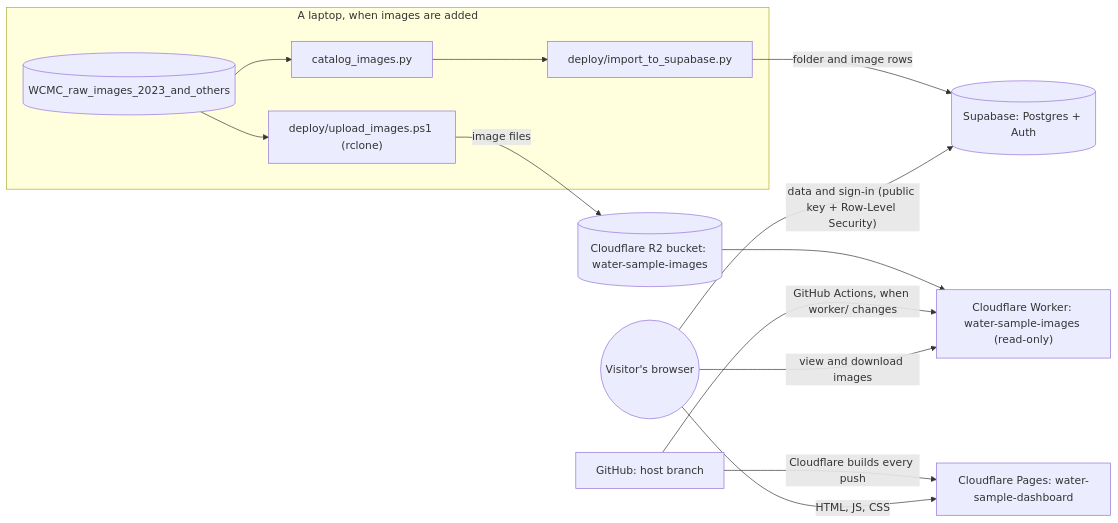
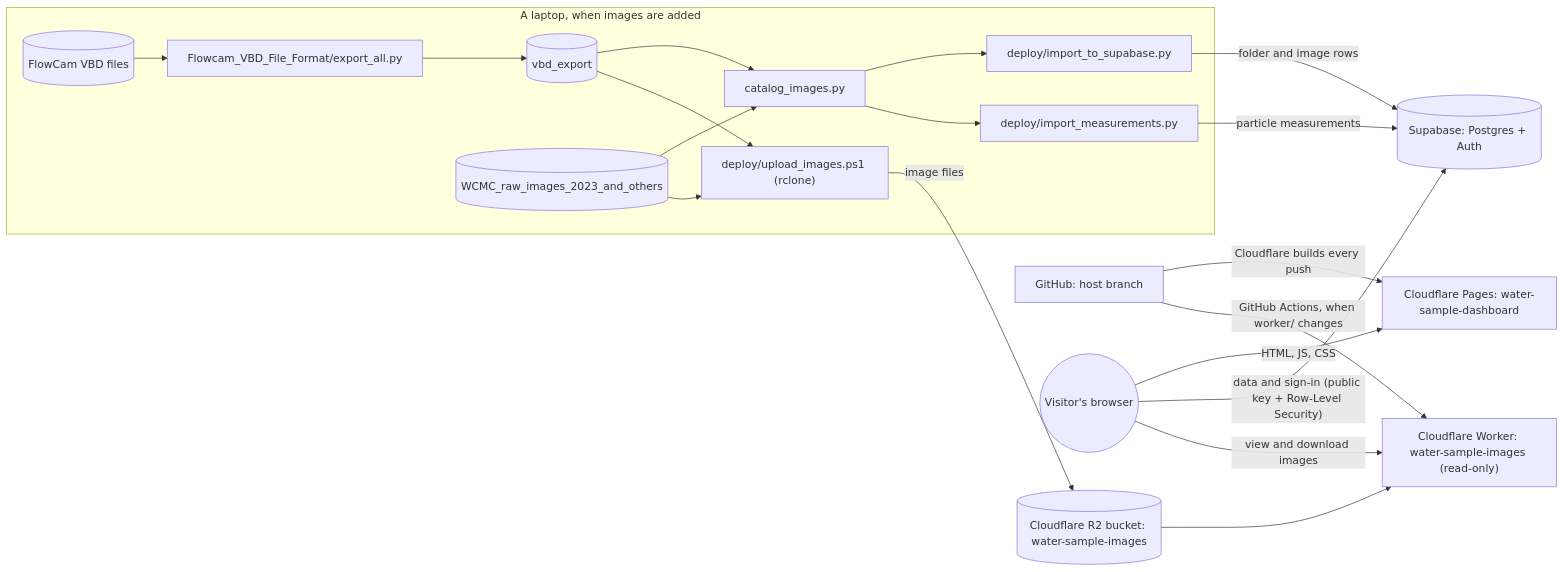
Before and after one commit to DS-Studio-F26/water-sample-image-organization-and-analysis: the diagram in README.md, drawn with Mermaid. The commit also changed other lines of this file and 21 other files, not shown here.

````diff
--- a/README.md
+++ b/README.md
@@ -41,19 +51,27 @@
 ```mermaid
 flowchart LR
     subgraph laptop["A laptop, when images are added"]
+        vbd[("FlowCam VBD files")]
+        exp["Flowcam_VBD_File_Format/export_all.py"]
+        runs[("vbd_export")]
         imgs[("WCMC_raw_images_2023_and_others")]
         cat["catalog_images.py"]
         imp["deploy/import_to_supabase.py"]
+        meas["deploy/import_measurements.py"]
         up["deploy/upload_images.ps1 (rclone)"]
+        vbd --> exp --> runs --> cat
         imgs --> cat --> imp
+        cat --> meas
         imgs --> up
+        runs --> up
     end
     imp -->|"folder and image rows"| db[("Supabase: Postgres + Auth")]
+    meas -->|"particle measurements"| db
     up -->|"image files"| r2[("Cloudflare R2 bucket: water-sample-images")]
     r2 --> worker["Cloudflare Worker: water-sample-images (read-only)"]
     gh["GitHub: host branch"] -->|"Cloudflare builds every push"| pages["Cloudflare Pages: water-sample-dashboard"]
     gh -->|"GitHub Actions, when worker/ changes"| worker
     browser(("Visitor's browser")) -->|"HTML, JS, CSS"| pages
     browser -->|"data and sign-in (public key + Row-Level Security)"| db
     browser -->|"view and download images"| worker
 ```
````
